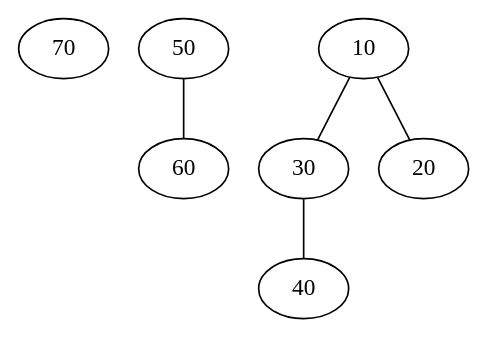
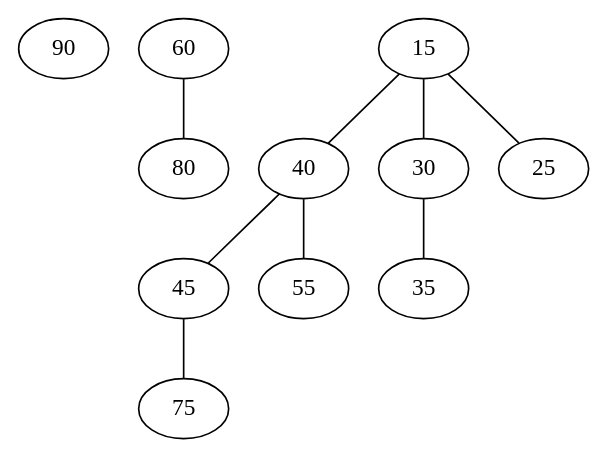
Before and after one commit to hv7214/CSN-261-Assignments-: the diagram in Assignment 6(18114029)/Q2/output.dot, drawn with Graphviz. The commit also changed 58 other files, not shown here.

```diff
--- a/Assignment 6(18114029)/Q2/output.dot
+++ b/Assignment 6(18114029)/Q2/output.dot
@@ -1,9 +1,15 @@
 graph {
-70;
-50--60;
-50;
-10--30;
-30--40;
-10--20;
-10;
+90;
+60--80;
+80;
+60;
+15--40;
+40--45;
+45--75;
+40--55;
+55;
+15--30;
+30--35;
+15--25;
+15;
 }
```
